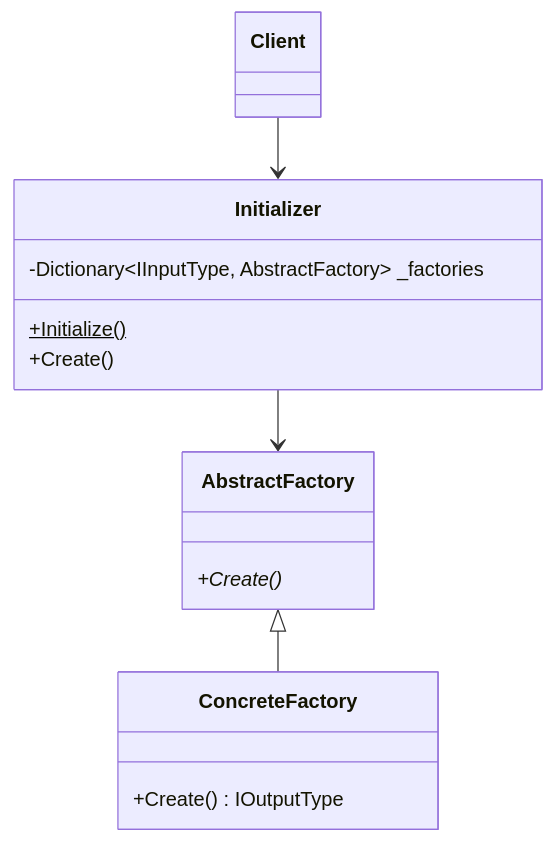
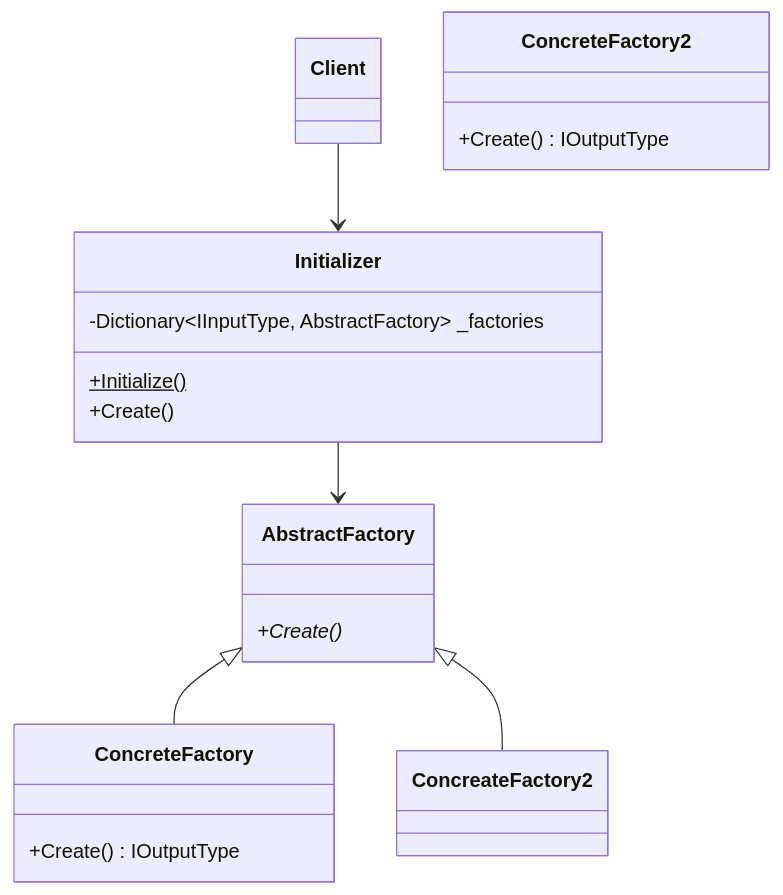
The diagram in README.md (wbratz/generic-factory), drawn with Mermaid before and after one commit.

````diff
--- a/README.md
+++ b/README.md
@@ -4,12 +4,14 @@
 ```mermaid
 classDiagram
     Client --> Initializer
     Initializer --> AbstractFactory
     AbstractFactory <|-- ConcreteFactory
+    AbstractFactory <|-- ConcreateFactory2
     
     Initializer : -Dictionary~IInputType, AbstractFactory~ _factories
     Initializer : +Initialize()$
     Initializer : +Create()
     AbstractFactory : +Create()*
     ConcreteFactory : +Create() IOutputType
+    ConcreteFactory2 : +Create() IOutputType
 ```
````
